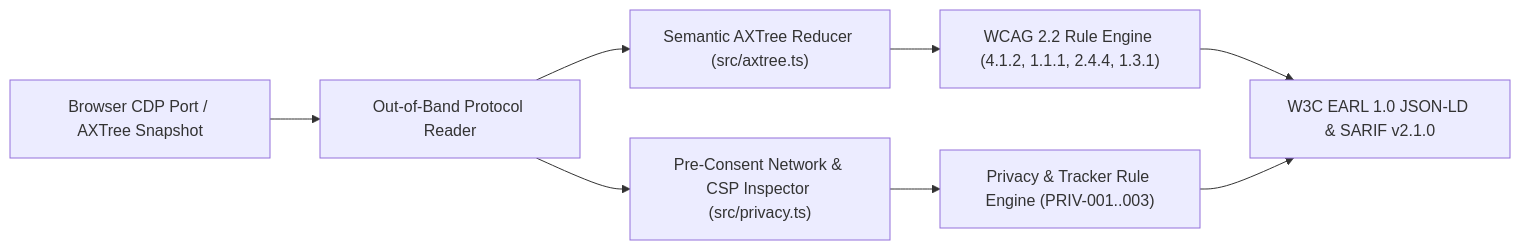
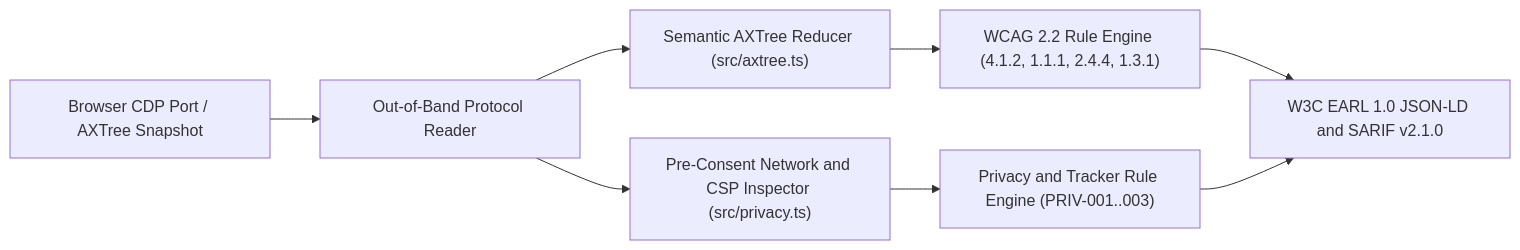
Before and after one commit to koodikiht/axtree-audit: the diagram in README.md, drawn with Mermaid. The commit also changed other lines of this file and 5 other files, not shown here.

````diff
--- a/README.md
+++ b/README.md
@@ -28,10 +28,10 @@
 ```mermaid
 flowchart LR
   A["Browser CDP Port / AXTree Snapshot"] --> B["Out-of-Band Protocol Reader"]
   B --> C["Semantic AXTree Reducer (src/axtree.ts)"]
-  B --> D["Pre-Consent Network & CSP Inspector (src/privacy.ts)"]
+  B --> D["Pre-Consent Network and CSP Inspector (src/privacy.ts)"]
   C --> E["WCAG 2.2 Rule Engine (4.1.2, 1.1.1, 2.4.4, 1.3.1)"]
-  D --> F["Privacy & Tracker Rule Engine (PRIV-001..003)"]
-  E --> G["W3C EARL 1.0 JSON-LD & SARIF v2.1.0"]
+  D --> F["Privacy and Tracker Rule Engine (PRIV-001..003)"]
+  E --> G["W3C EARL 1.0 JSON-LD and SARIF v2.1.0"]
   F --> G
 ```
````
